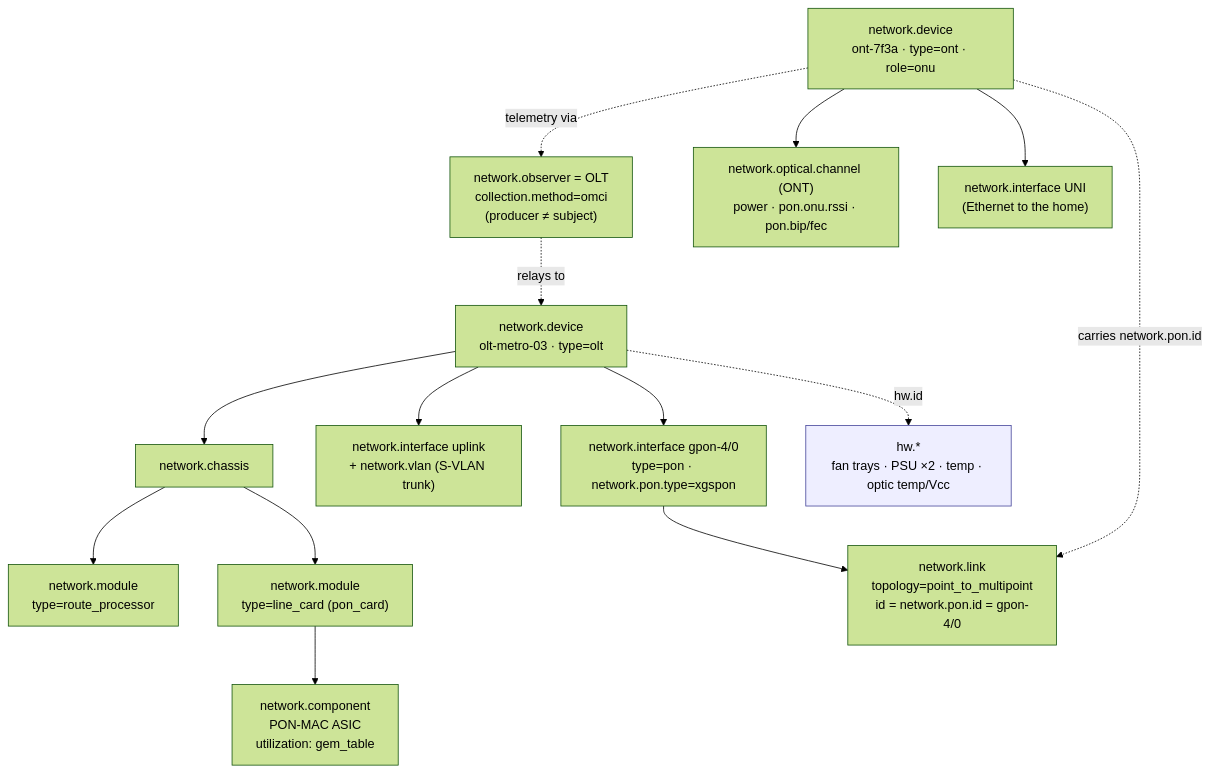
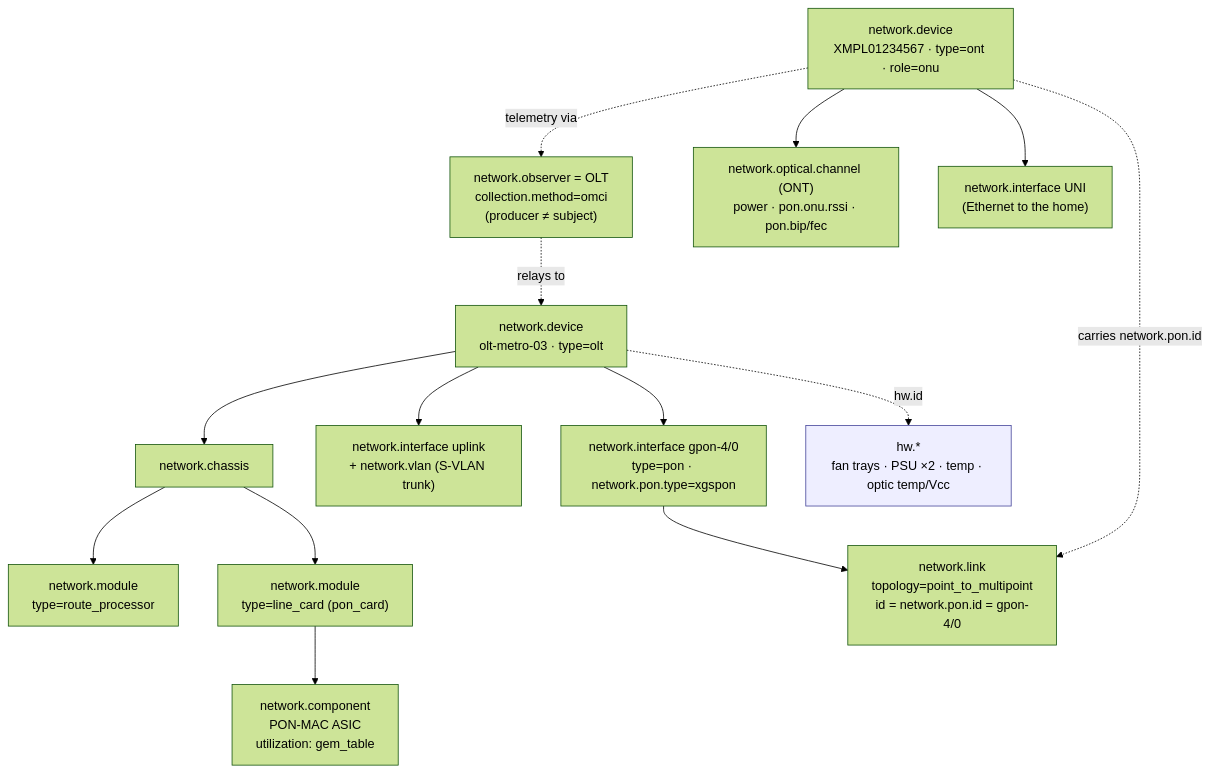
Before and after one commit to jksmth/semantic-conventions-network: the diagram in examples/olt-ont/README.md, drawn with Mermaid (forest theme). The commit also changed other lines of this file and 297 other files, not shown here.

````diff
--- a/examples/olt-ont/README.md
+++ b/examples/olt-ont/README.md
@@ -61,34 +71,34 @@
 ```mermaid
 graph TD
     OLT["network.device<br/>olt-metro-03 · type=olt"]
     CH["network.chassis"]
     RP["network.module<br/>type=route_processor"]
     PONCARD["network.module<br/>type=line_card (pon_card)"]
     PONMAC["network.component<br/>PON-MAC ASIC<br/>utilization: gem_table"]
     UPLINK["network.interface uplink<br/>+ network.vlan (S-VLAN trunk)"]
     PONPORT["network.interface gpon-4/0<br/>type=pon · network.pon.type=xgspon"]
 
     LINK["network.link<br/>topology=point_to_multipoint<br/>id = network.pon.id = gpon-4/0"]
 
-    ONT["network.device<br/>ont-7f3a · type=ont · role=onu"]
+    ONT["network.device<br/>XMPL01234567 · type=ont · role=onu"]
     OBS["network.observer = OLT<br/>collection.method=omci<br/>(producer ≠ subject)"]
     OCH["network.optical.channel (ONT)<br/>power · pon.onu.rssi · pon.bip/fec"]
     UNI["network.interface UNI<br/>(Ethernet to the home)"]
 
     HW["hw.*<br/>fan trays · PSU ×2 · temp · optic temp/Vcc"]
 
     OLT --> CH --> RP
     CH --> PONCARD --> PONMAC
     OLT --> UPLINK
     OLT --> PONPORT
     PONPORT --> LINK
     ONT -. "carries network.pon.id" .-> LINK
     ONT -. "telemetry via" .-> OBS
     OBS -. "relays to" .-> OLT
     ONT --> OCH
     ONT --> UNI
     OLT -.->|hw.id| HW
 
     HW:::hw
     classDef hw fill:#eef,stroke:#449,color:#000;
 ```
````
